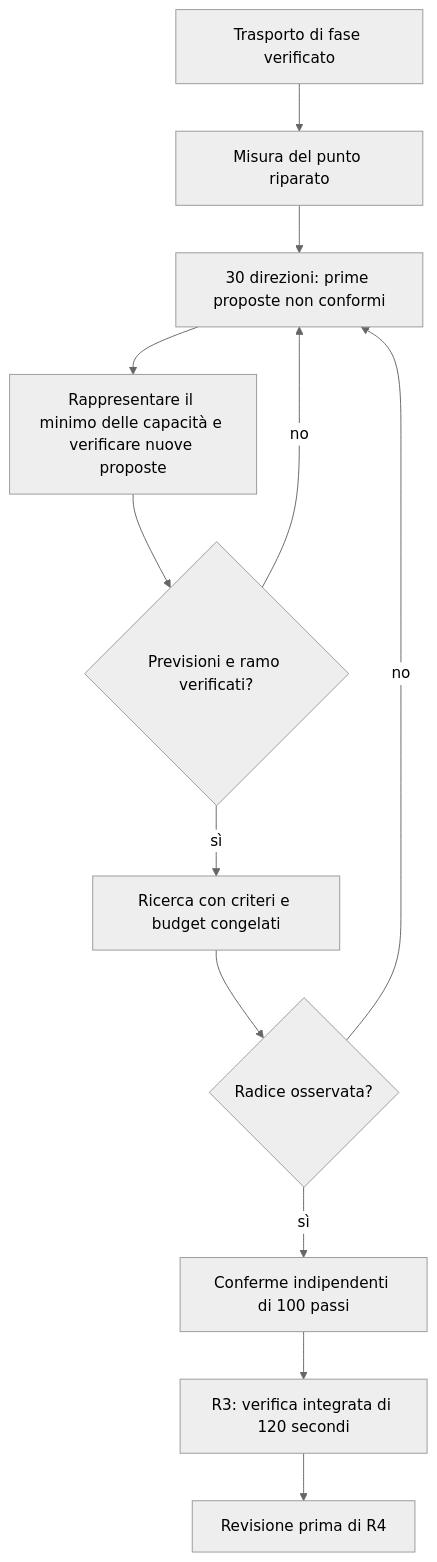
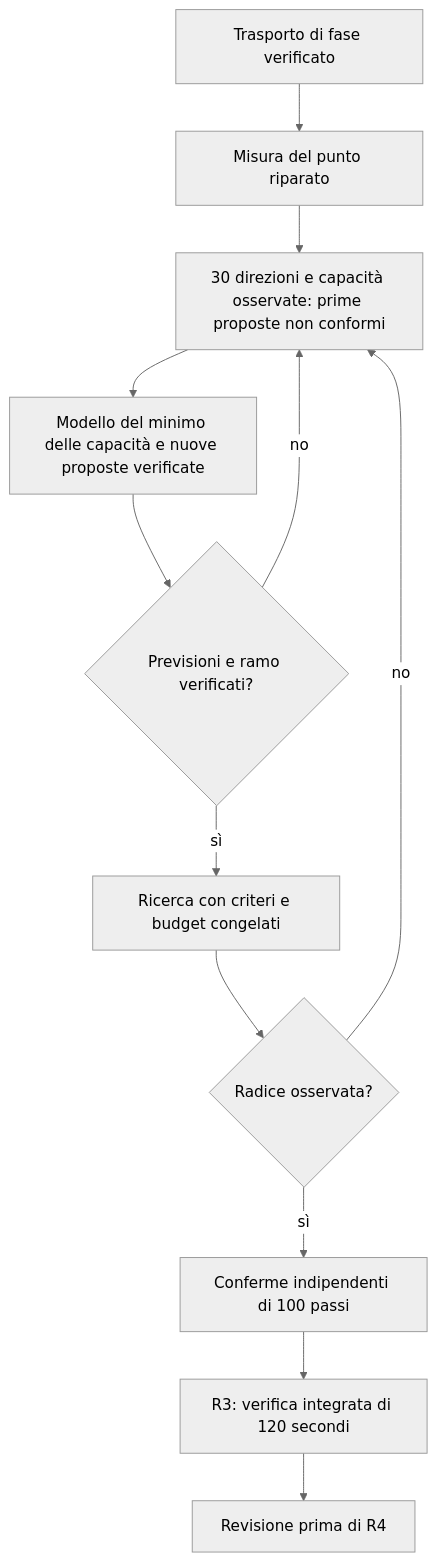
One commit to archistico/NuclearReactorSimulator changed the first of 2 diagrams in docs/ROADMAP.md. Above: the diagram before and after it, drawn with Mermaid (neutral theme). The commit also changed other lines of this file and 18 other files, not shown here.

````diff
--- a/docs/ROADMAP.md
+++ b/docs/ROADMAP.md
@@ -57,14 +60,14 @@
 ```mermaid
 flowchart TD
     R["Trasporto di fase verificato"] --> M["Misura del punto riparato"]
-    M --> S["30 direzioni: prime proposte non conformi"]
-    S --> A["Rappresentare il minimo delle capacità e verificare nuove proposte"]
+    M --> S["30 direzioni e capacità osservate: prime proposte non conformi"]
+    S --> A["Modello del minimo delle capacità e nuove proposte verificate"]
     A --> B{"Previsioni e ramo verificati?"}
     B -->|"no"| S
     B -->|"sì"| C["Ricerca con criteri e budget congelati"]
     C --> D{"Radice osservata?"}
     D -->|"no"| S
     D -->|"sì"| E["Conferme indipendenti di 100 passi"]
     E --> F["R3: verifica integrata di 120 secondi"]
     F --> G["Revisione prima di R4"]
 ```
````
